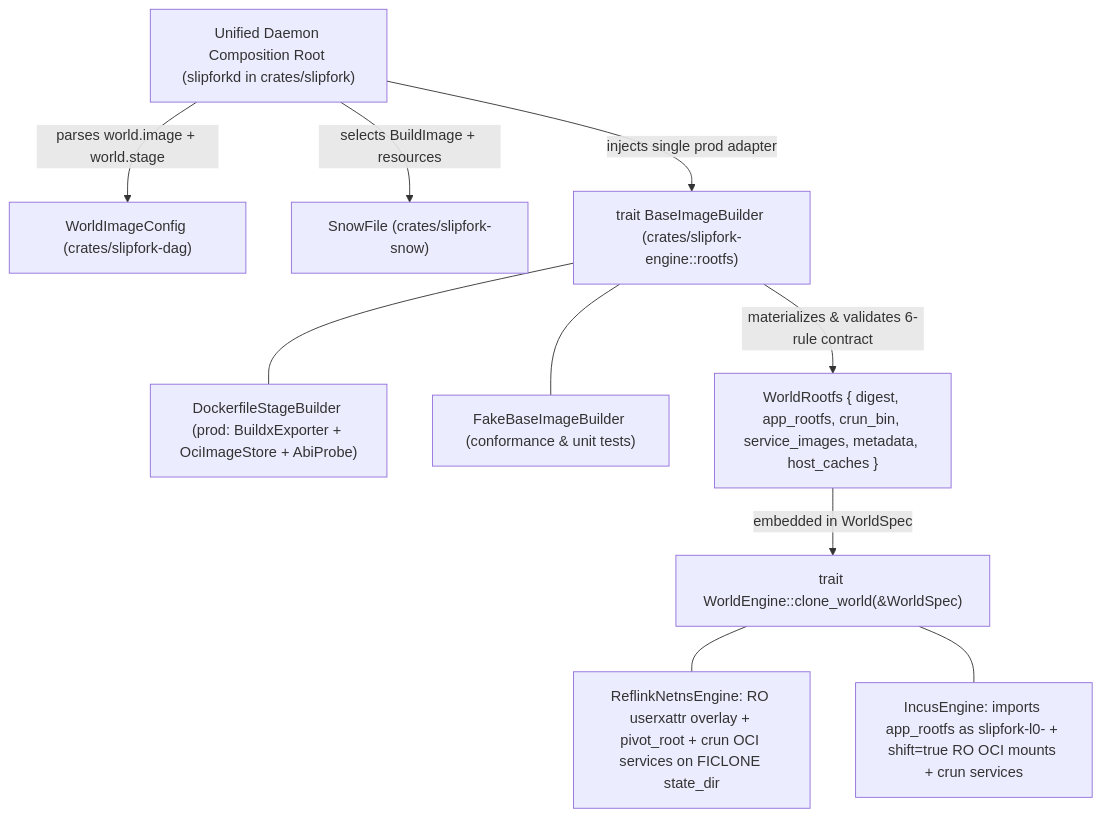
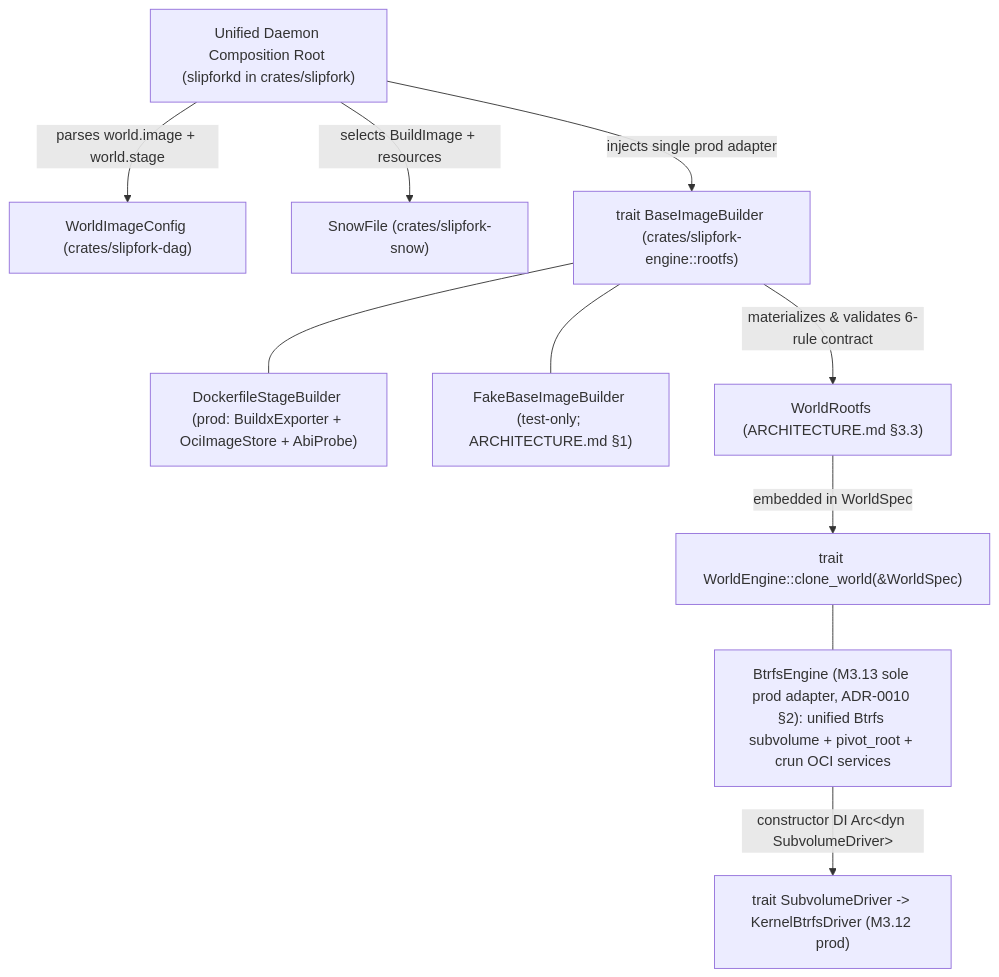
The diagram in docs/decisions/ADR-0009-world-base-image-and-image-contract.md (OffworldNexus/slipfork), drawn with Mermaid before and after one commit. The commit also changed other lines of this file and 59 other files, not shown here.

Commit message:
[M3.7] Design of record: ADR-0010 Btrfs-only WorldEngine, STP v1-ready DI tree, ADR-0001..0009 consolidation

````diff
--- a/docs/decisions/ADR-0009-world-base-image-and-image-contract.md
+++ b/docs/decisions/ADR-0009-world-base-image-and-image-contract.md
@@ -35,13 +35,13 @@
 ```mermaid
 flowchart TD
   CR["Unified Daemon Composition Root (slipforkd in crates/slipfork)"]
   CR -->|parses world.image + world.stage| WC["WorldImageConfig (crates/slipfork-dag)"]
   CR -->|selects BuildImage + resources| SF["SnowFile (crates/slipfork-snow)"]
   CR -->|injects single prod adapter| BIB["trait BaseImageBuilder (crates/slipfork-engine::rootfs)"]
   BIB --- DSB["DockerfileStageBuilder (prod: BuildxExporter + OciImageStore + AbiProbe)"]
-  BIB --- FBB["FakeBaseImageBuilder (conformance & unit tests)"]
-  BIB -->|materializes & validates 6-rule contract| WR["WorldRootfs { digest, app_rootfs, crun_bin, service_images, metadata, host_caches }"]
+  BIB --- FBB["FakeBaseImageBuilder (test-only; ARCHITECTURE.md §1)"]
+  BIB -->|materializes & validates 6-rule contract| WR["WorldRootfs (ARCHITECTURE.md §3.3)"]
   WR -->|embedded in WorldSpec| WE["trait WorldEngine::clone_world(&WorldSpec)"]
-  WE --- RNE["ReflinkNetnsEngine: RO userxattr overlay + pivot_root + crun OCI services on FICLONE state_dir"]
-  WE --- IE["IncusEngine: imports app_rootfs as slipfork-l0-<digest12> + shift=true RO OCI mounts + crun services"]
+  WE --- BE["BtrfsEngine (M3.13 sole prod adapter, ADR-0010 §2): unified Btrfs subvolume + pivot_root + crun OCI services"]
+  BE -->|constructor DI Arc&lt;dyn SubvolumeDriver&gt;| SD["trait SubvolumeDriver -> KernelBtrfsDriver (M3.12 prod)"]
 ```
````
